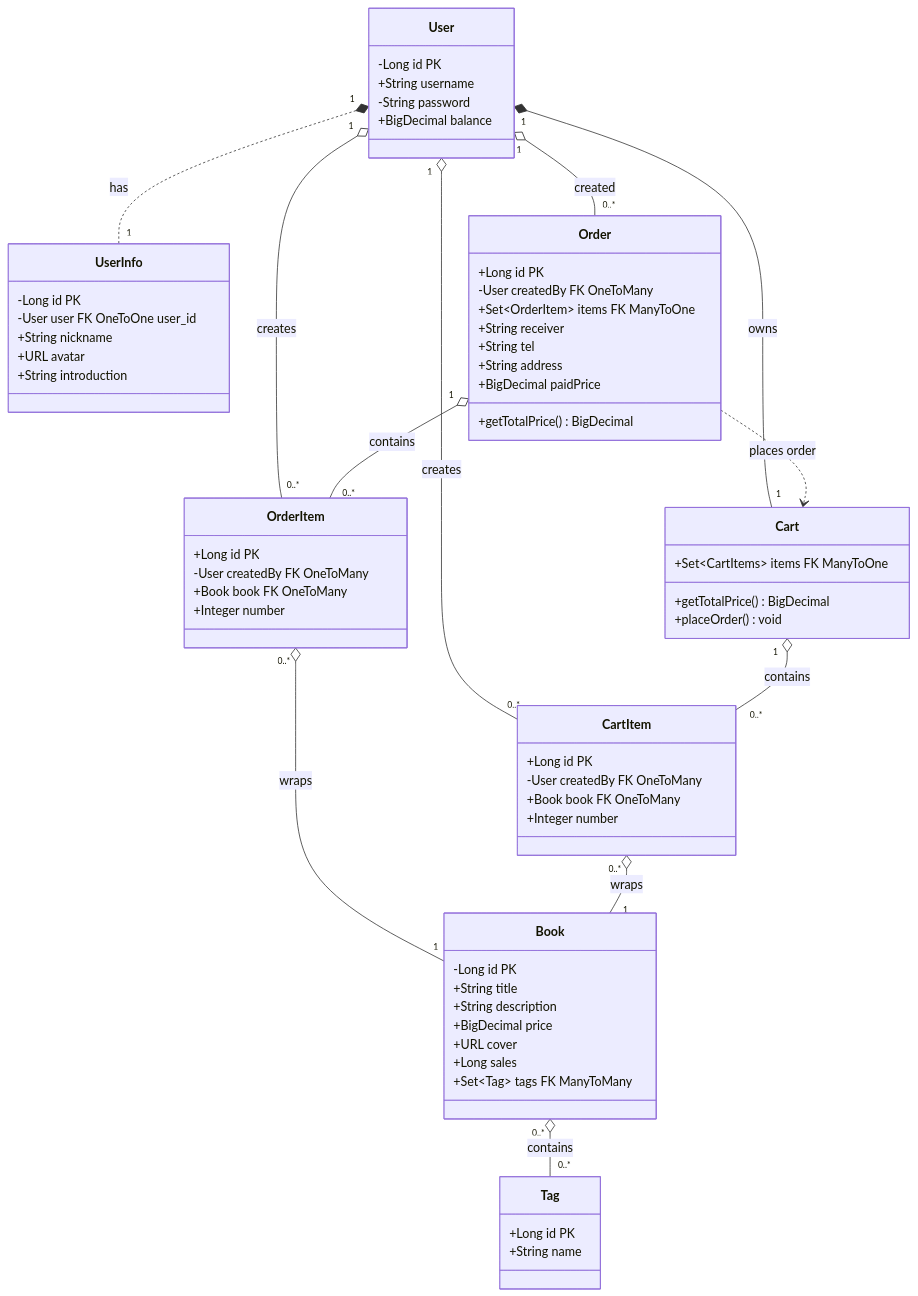
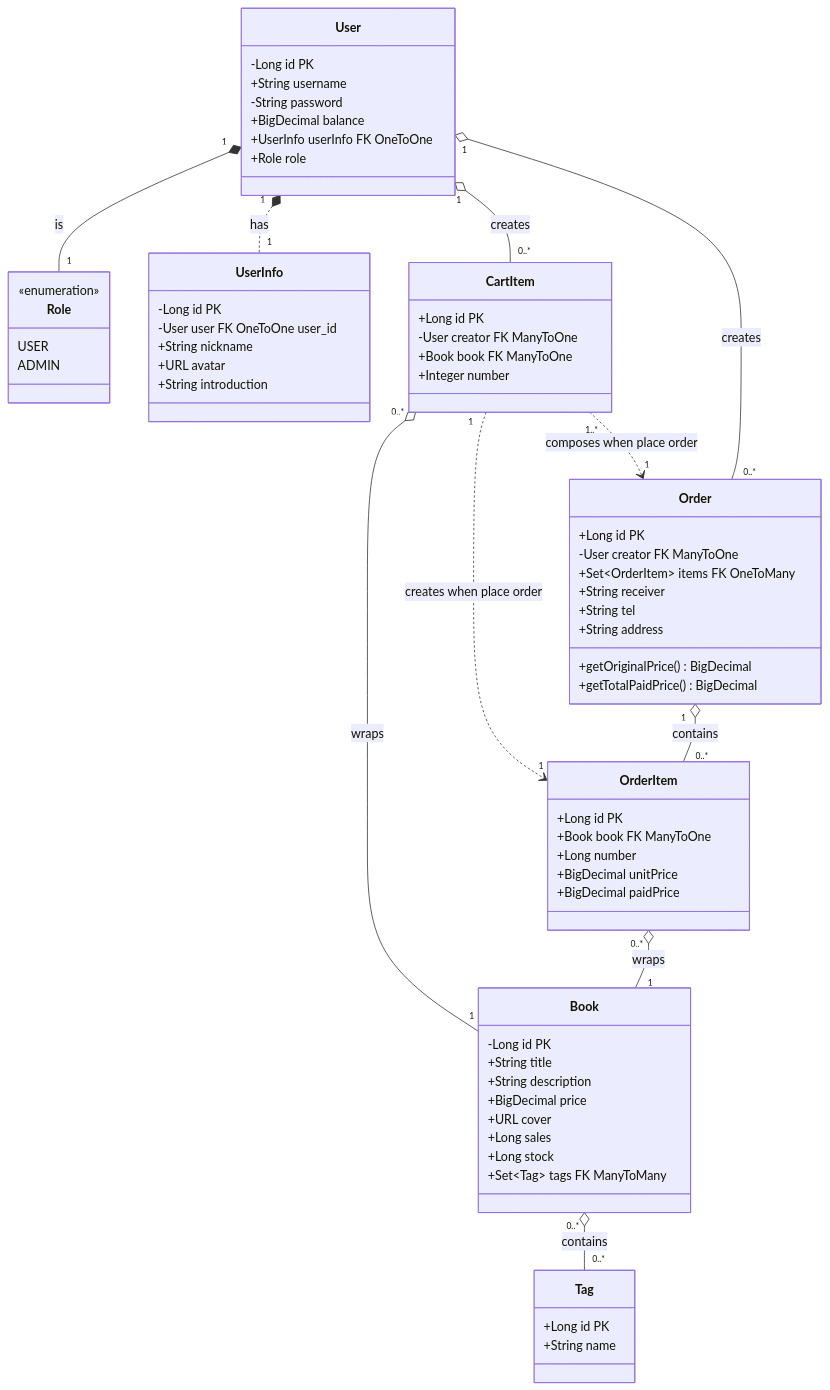
The diagram in docs/schema.md (mdrkrg/se2321-bookstore), drawn with Mermaid before and after one commit. The commit also changed 6 other files, not shown here.

````diff
--- a/docs/schema.md
+++ b/docs/schema.md
@@ -3,70 +3,73 @@
 ```mermaid
 classDiagram
     class User {
         %% let it implement spring security UserDetails
         -Long id PK
         +String username
         -String password
         %% this should be handled by controller to
         %% either Personal View or User View
         +BigDecimal balance
+        +UserInfo userInfo FK OneToOne
+        +Role role
     }
+    class Role {
+        <<enumeration>>
+        USER
+        ADMIN
+    }
+    User "1" *-- "1" Role : is
     class UserInfo {
         -Long id PK
         -User user FK OneToOne user_id
         +String nickname
         +URL avatar
         +String introduction
     }
     User "1" *.. "1" UserInfo : has
     class Book {
         -Long id PK
         +String title
         +String description
         +BigDecimal price
         +URL cover
         +Long sales
+        +Long stock
         +Set~Tag~ tags FK ManyToMany
     }
     class Tag {
         +Long id PK
         +String name
     }
     Book "0..*" o-- "0..*" Tag : contains
-    class Cart {
-        +Set~CartItems~ items FK ManyToOne
-        +getTotalPrice() BigDecimal
-        +placeOrder() void
+    class CartItem {
+        +Long id PK
+        -User creator FK ManyToOne
+        +Book book FK ManyToOne
+        +Integer number
     }
-    User "1" *-- "1" Cart : owns
+    CartItem "0..*" o-- "1" Book : wraps
+    User "1" o-- "0..*" CartItem : creates
     class Order {
         +Long id PK
-        -User createdBy FK OneToMany
-        +Set~OrderItem~ items FK ManyToOne
+        -User creator FK ManyToOne
+        +Set~OrderItem~ items FK OneToMany
         +String receiver
         +String tel
         +String address
-        +BigDecimal paidPrice
-        +getTotalPrice() BigDecimal
+        +getOriginalPrice() BigDecimal
+        +getTotalPaidPrice() BigDecimal
     }
     class OrderItem {
         +Long id PK
-        -User createdBy FK OneToMany
-        +Book book FK OneToMany
-        +Integer number
-    }
-    class CartItem {
-        +Long id PK
-        -User createdBy FK OneToMany
-        +Book book FK OneToMany
-        +Integer number
+        +Book book FK ManyToOne
+        +Long number
+        +BigDecimal unitPrice
+        +BigDecimal paidPrice
     }
     OrderItem "0..*" o-- "1" Book : wraps
-    CartItem "0..*" o-- "1" Book : wraps
-    User "1" o-- "0..*" CartItem : creates
-    User "1" o-- "0..*" OrderItem : creates
+    CartItem "1" ..> "1" OrderItem : creates when place order
+    CartItem "1..*" ..> "1" Order : composes when place order
     Order "1" o-- "0..*" OrderItem : contains
-    Cart "1" o-- "0..*" CartItem : contains
-    User "1" o-- "0..*" Order : created
-    Order ..> Cart : places order
+    User "1" o-- "0..*" Order : creates
 ```
````
